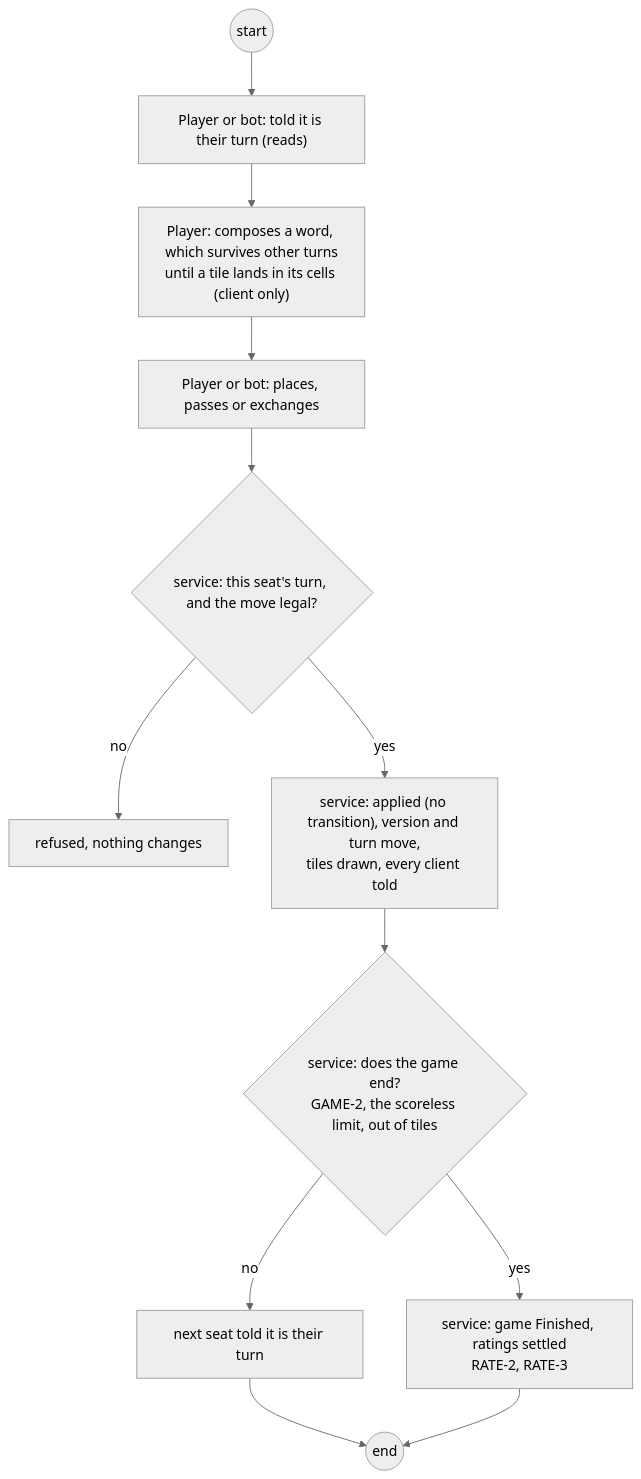
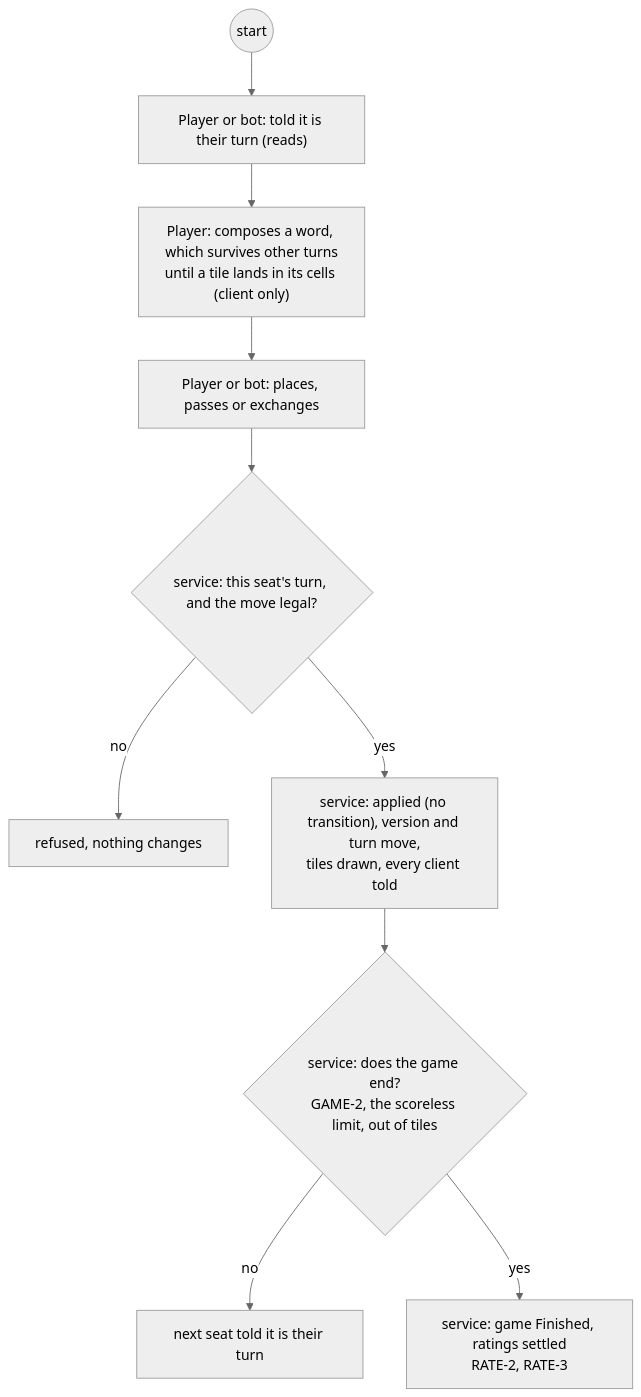
One commit to delphside/programme changed diagram 15 of 29 in docs/changes/workstreams/application-game-architecture/71-one-game-model/71-functional.md. Above: the diagram before and after it, drawn with Mermaid (neutral theme). The commit also changed other lines of this file, not shown here.

First line of the commit message:
app 0.9.2 api 2.16: 71: activity diagrams drop their explicit end nodes

````diff
--- a/docs/changes/workstreams/application-game-architecture/71-one-game-model/71-functional.md
+++ b/docs/changes/workstreams/application-game-architecture/71-one-game-model/71-functional.md
@@ -319,14 +280,12 @@
 ```mermaid
 flowchart TD
   s0((start)) --> p1["Player or bot: told it is their turn (reads)"]
   p1 --> p2["Player: composes a word, which survives other turns<br/>until a tile lands in its cells (client only)"]
   p2 --> p3["Player or bot: places, passes or exchanges"]
   p3 --> v1{"service: this seat's turn, and the move legal?"}
   v1 -- no --> r1["refused, nothing changes"]
   v1 -- yes --> t1["service: applied (no transition), version and turn move,<br/>tiles drawn, every client told"]
   t1 --> v2{"service: does the game end?<br/>GAME-2, the scoreless limit, out of tiles"}
   v2 -- no --> p4["next seat told it is their turn"]
   v2 -- yes --> t2["service: game Finished, ratings settled<br/>RATE-2, RATE-3"]
-  p4 --> e0((end))
-  t2 --> e0
 ```
````
